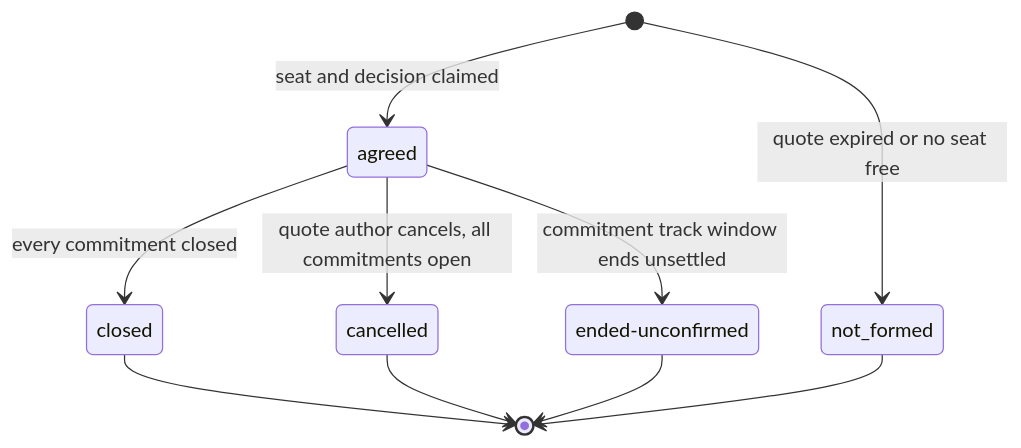
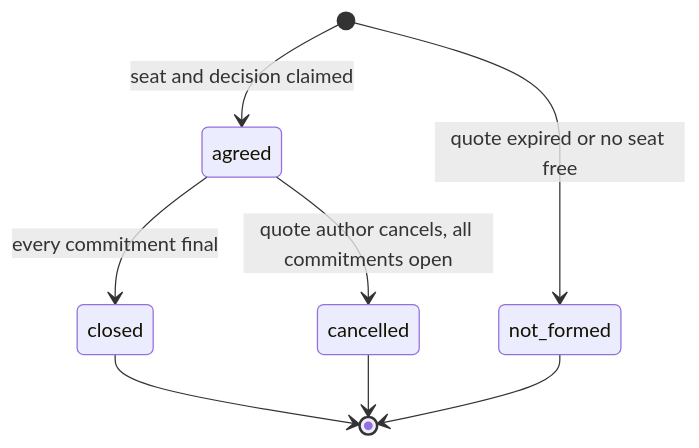
Before and after one commit to syneroym/syneroym: diagram 17 of 23 in docs/system-architecture.md, drawn with Mermaid. The commit also changed other lines of this file and 2 other files, not shown here.

First line of the commit message:
docs: update agreement and commitment states

````diff
--- a/docs/system-architecture.md
+++ b/docs/system-architecture.md
@@ -1225,17 +1225,14 @@
 ```mermaid
 stateDiagram-v2
     state "agreed" as Agreed
-    state "ended-unconfirmed" as EndedUnconfirmed
 
     [*] --> Agreed : seat and decision claimed
     [*] --> not_formed : quote expired or no seat free
 
-    Agreed --> closed : every commitment closed
+    Agreed --> closed : every commitment final
     Agreed --> cancelled : quote author cancels, all commitments open
-    Agreed --> EndedUnconfirmed : commitment track window ends unsettled
 
     closed --> [*]
     cancelled --> [*]
     not_formed --> [*]
-    EndedUnconfirmed --> [*]
 ```
````
